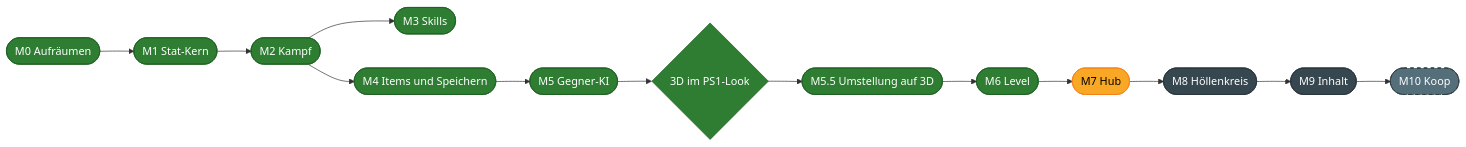
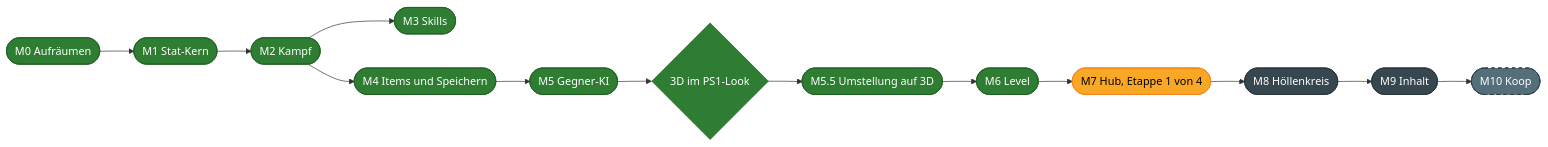
Before and after one commit to sharedboidev/Hoellenspiralenspiel: the diagram in README.md, drawn with Mermaid. The commit also changed other lines of this file and 75 other files, not shown here.

First line of the commit message:
M7 Etappe 1: Hauptmenü, Hub, Treppen, Checkpoints und Town-Portal

````diff
--- a/README.md
+++ b/README.md
@@ -406,15 +433,15 @@
 ```mermaid
 flowchart LR
     M0(["M0 Aufräumen"]):::done --> M1(["M1 Stat-Kern"]):::done --> M2(["M2 Kampf"]):::done
     M2 --> M3(["M3 Skills"]):::done
     M2 --> M4(["M4 Items und Speichern"]):::done
     M4 --> M5(["M5 Gegner-KI"]):::done --> D{"3D im PS1-Look"}:::done
-    D --> U(["M5.5 Umstellung auf 3D"]):::done --> M6(["M6 Level"]):::done --> M7(["M7 Hub"]):::next --> M8(["M8 Höllenkreis"]):::open
+    D --> U(["M5.5 Umstellung auf 3D"]):::done --> M6(["M6 Level"]):::done --> M7(["M7 Hub, Etappe 1 von 4"]):::next --> M8(["M8 Höllenkreis"]):::open
     M8 --> M9(["M9 Inhalt"]):::open --> M10(["M10 Koop"]):::optional
 
     classDef done fill:#2e7d32,color:#ffffff,stroke:#1b5e20
     classDef next fill:#f9a825,color:#000000,stroke:#f57f17
     classDef open fill:#37474f,color:#ffffff,stroke:#263238
     classDef decision fill:#6a1b9a,color:#ffffff,stroke:#4a148c
     classDef optional fill:#546e7a,color:#ffffff,stroke:#263238,stroke-dasharray: 5 5
 ```
````
